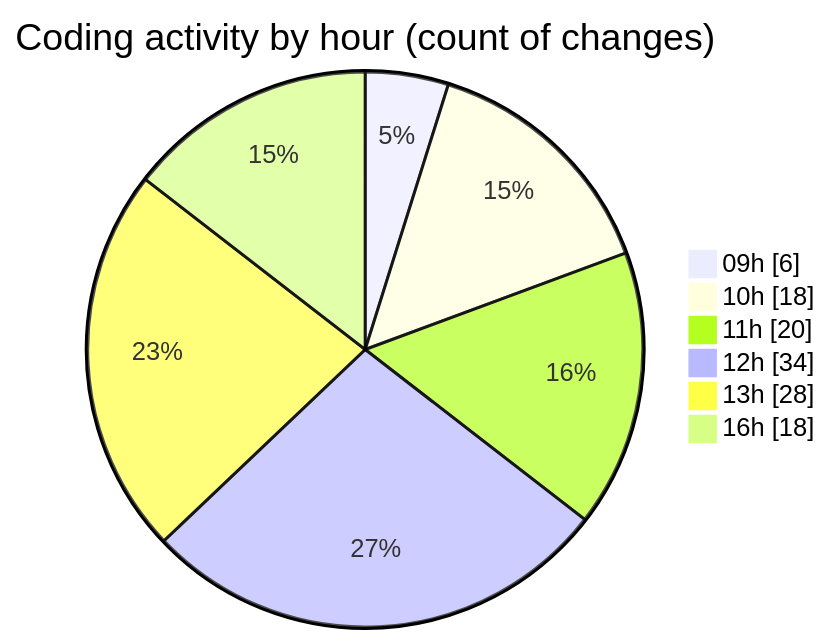
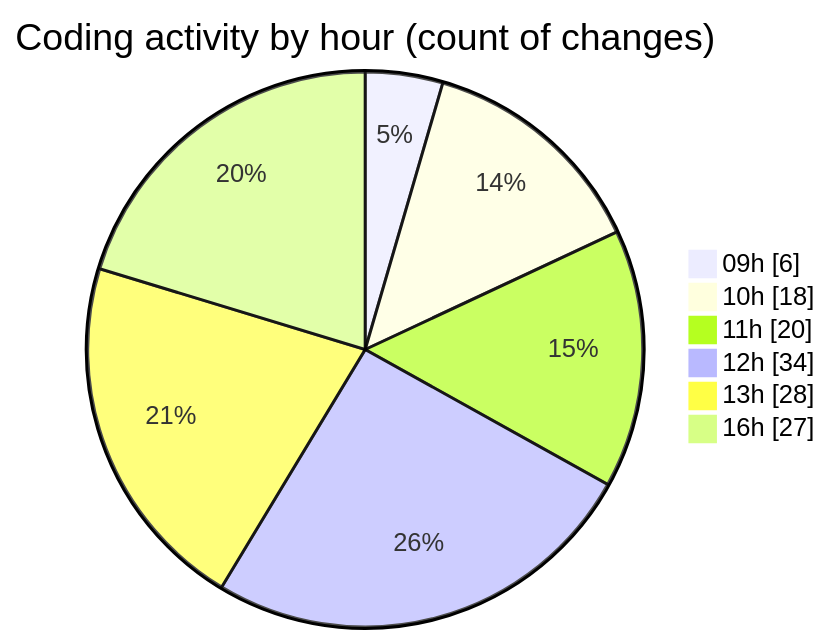
Before and after one commit to momahboobian/code-tracking: the second of 2 diagrams in 2025-06-20/cda/README.md, drawn with Mermaid. The commit also changed other lines of this file and 1 other file, not shown here.

````diff
--- a/2025-06-20/cda/README.md
+++ b/2025-06-20/cda/README.md
@@ -53,10 +54,10 @@
 ```mermaid
 pie showData
 title Coding activity by hour (count of changes)
 "09h" : 6
 "10h" : 18
 "11h" : 20
 "12h" : 34
 "13h" : 28
-"16h" : 18
+"16h" : 27
 ```
````
